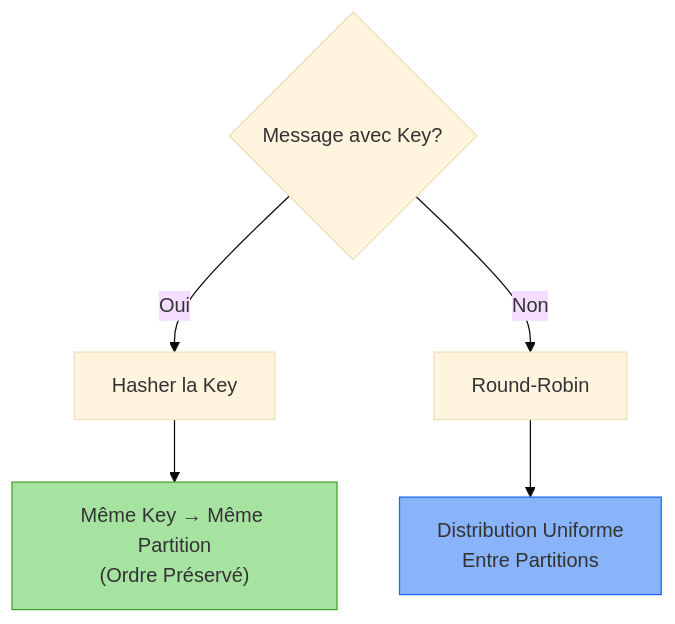
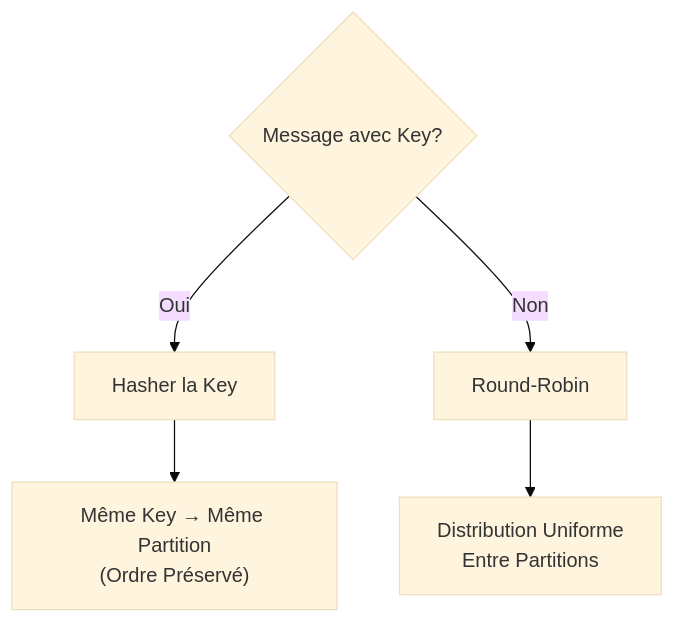
The first of 3 diagrams in docs/how-to/kafka-produce-messages.fr.md (mombe090/techdocs), drawn with Mermaid (base theme) before and after one commit. The commit also changed other lines of this file and 11 other files, not shown here.

First line of the commit message:
style: remove hardcoded Mermaid diagram colors for dark mode compatibility

````diff
--- a/docs/how-to/kafka-produce-messages.fr.md
+++ b/docs/how-to/kafka-produce-messages.fr.md
@@ -541,10 +541,8 @@
 ```mermaid
 graph TD
     A{Message avec Key?} -->|Oui| B[Hasher la Key]
     A{Message avec Key?} -->|Non| C[Round-Robin]
     B --> D["Même Key → Même Partition<br/>(Ordre Préservé)"]
     C --> E[Distribution Uniforme<br/>Entre Partitions]
 
-    style D fill:#a6e3a1,stroke:#40a02b
-    style E fill:#89b4fa,stroke:#1e66f5
 ```
````
